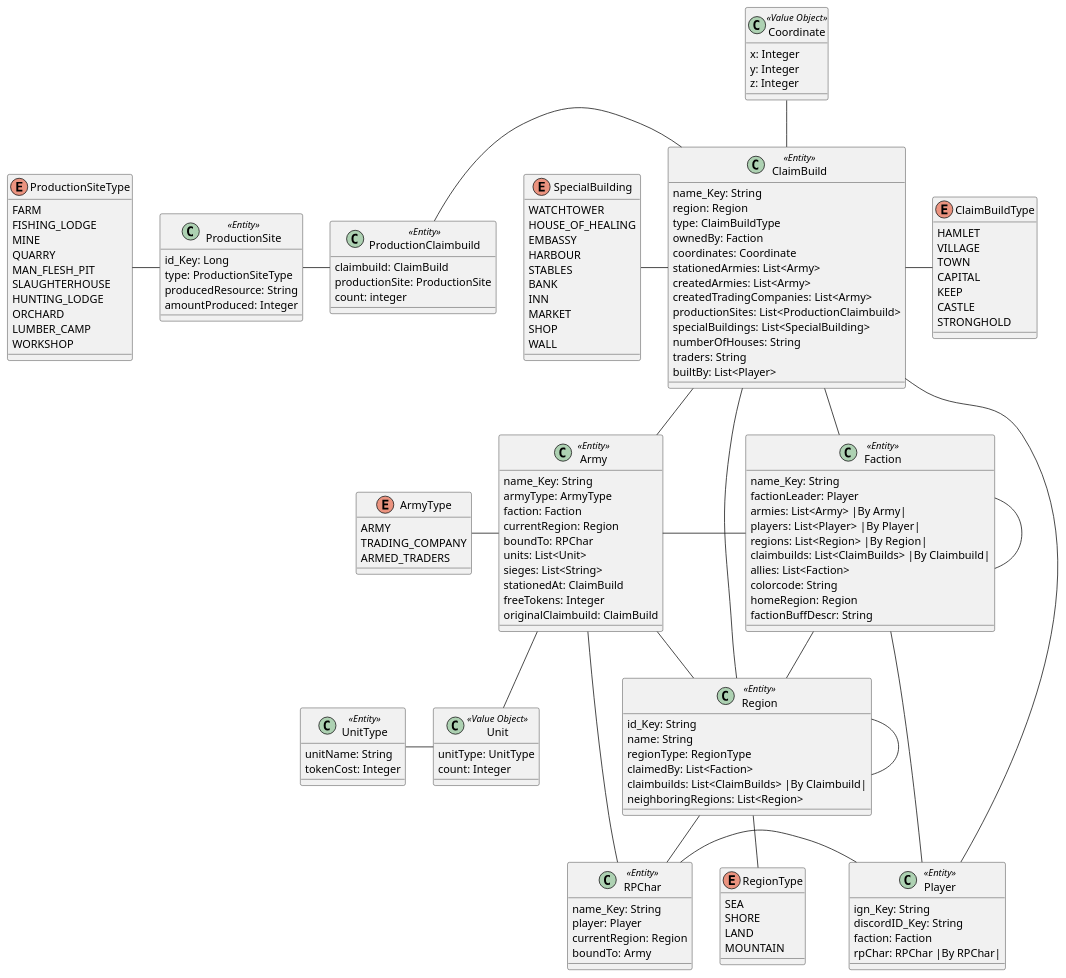
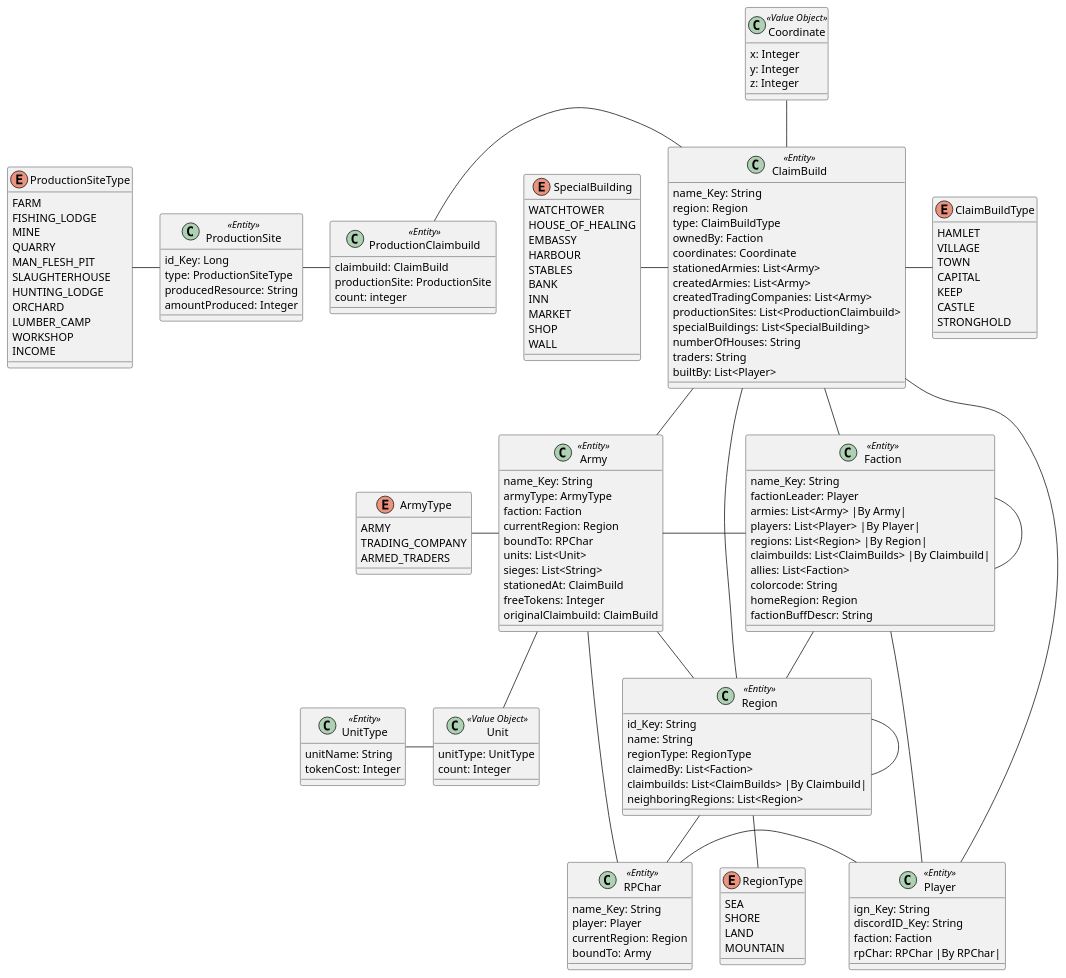
The diagram in ALSpringBackend/src/main/puml/ArdasLegendsDomain.puml (Team-KekX/Ardas-Legends-App), drawn with PlantUML before and after one commit. The commit also changed 1 other file, not shown here.

Commit message:
Add INCOME ProductionType

```diff
--- a/ALSpringBackend/src/main/puml/ArdasLegendsDomain.puml
+++ b/ALSpringBackend/src/main/puml/ArdasLegendsDomain.puml
@@ -1,178 +1,179 @@
 @startuml
 class Region <<Entity>> {
     id_Key: String
     name: String
     regionType: RegionType
     claimedBy: List<Faction>
     claimbuilds: List<ClaimBuilds> |By Claimbuild|
     neighboringRegions: List<Region>
 }
 
 enum RegionType {
     SEA
     SHORE
     LAND
     MOUNTAIN
 }
 
 class ClaimBuild <<Entity>> {
     name_Key: String
     region: Region
     type: ClaimBuildType
     ownedBy: Faction
     coordinates: Coordinate
     stationedArmies: List<Army>
     createdArmies: List<Army>
     createdTradingCompanies: List<Army>
     productionSites: List<ProductionClaimbuild>
     specialBuildings: List<SpecialBuilding>
     numberOfHouses: String
     traders: String
     builtBy: List<Player>
 }
 
 enum ClaimBuildType {
     HAMLET
     VILLAGE
     TOWN
     CAPITAL
     KEEP
     CASTLE
     STRONGHOLD
 }
 
 class Faction <<Entity>> {
     name_Key: String
     factionLeader: Player
     armies: List<Army> |By Army|
     players:  List<Player> |By Player|
     regions: List<Region> |By Region|
     claimbuilds: List<ClaimBuilds> |By Claimbuild|
     allies: List<Faction>
     colorcode: String
     homeRegion: Region
     factionBuffDescr: String
 }
 
 class Player <<Entity>> {
     ign_Key: String
     discordID_Key: String
     faction: Faction
     rpChar: RPChar |By RPChar|
 }
 
 class RPChar <<Entity>> {
     name_Key: String
     player: Player
     currentRegion: Region
     boundTo: Army
 }
 
 class Coordinate <<Value Object>> {
     x: Integer
     y: Integer
     z: Integer
 }
 
 class ProductionSite <<Entity>> {
     id_Key: Long
     type: ProductionSiteType
     producedResource: String
     amountProduced: Integer
 }
 
 class ProductionClaimbuild <<Entity>> {
     claimbuild: ClaimBuild
     productionSite: ProductionSite
     count: integer
 }
 
 enum ProductionSiteType {
     FARM
     FISHING_LODGE
     MINE
     QUARRY
     MAN_FLESH_PIT
     SLAUGHTERHOUSE
     HUNTING_LODGE
     ORCHARD
     LUMBER_CAMP
     WORKSHOP
+    INCOME
 }
 
 enum SpecialBuilding {
     WATCHTOWER
     HOUSE_OF_HEALING
     EMBASSY
     HARBOUR
     STABLES
     BANK
     INN
     MARKET
     SHOP
     WALL
 }
 
 class Army <<Entity>> {
     name_Key: String
     armyType: ArmyType
     faction: Faction
     currentRegion: Region
     boundTo: RPChar
     units: List<Unit>
     sieges: List<String>
     stationedAt: ClaimBuild
     freeTokens: Integer
     originalClaimbuild: ClaimBuild
 }
 
 enum ArmyType {
     ARMY
     TRADING_COMPANY
     ARMED_TRADERS
 }
 
 class Unit <<Value Object>> {
     unitType: UnitType
     count: Integer
 }
 
 class UnitType <<Entity>> {
     unitName: String
     tokenCost: Integer
 }
 
 Region -  ClaimBuild
 Region - Region
 Region -down- RPChar
 RegionType -up- Region
 
 Faction -down- Region
 Faction -right Player
 Faction -left Army
 Faction -up- ClaimBuild
 Faction - Faction
 
 ClaimBuild - Player
 ClaimBuild -right- ClaimBuildType
 ClaimBuild -up- Coordinate
 ClaimBuild - Army
 
 ProductionSite - ProductionClaimbuild
 ProductionClaimbuild - ClaimBuild
 SpecialBuilding - ClaimBuild
 
 ProductionSite -left- ProductionSiteType
 
 
 RPChar - Player
 
 Army -down- Unit
 Army - Region
 Army - RPChar
 
 ArmyType - Army
 
 UnitType - Unit
 
 @enduml
```
